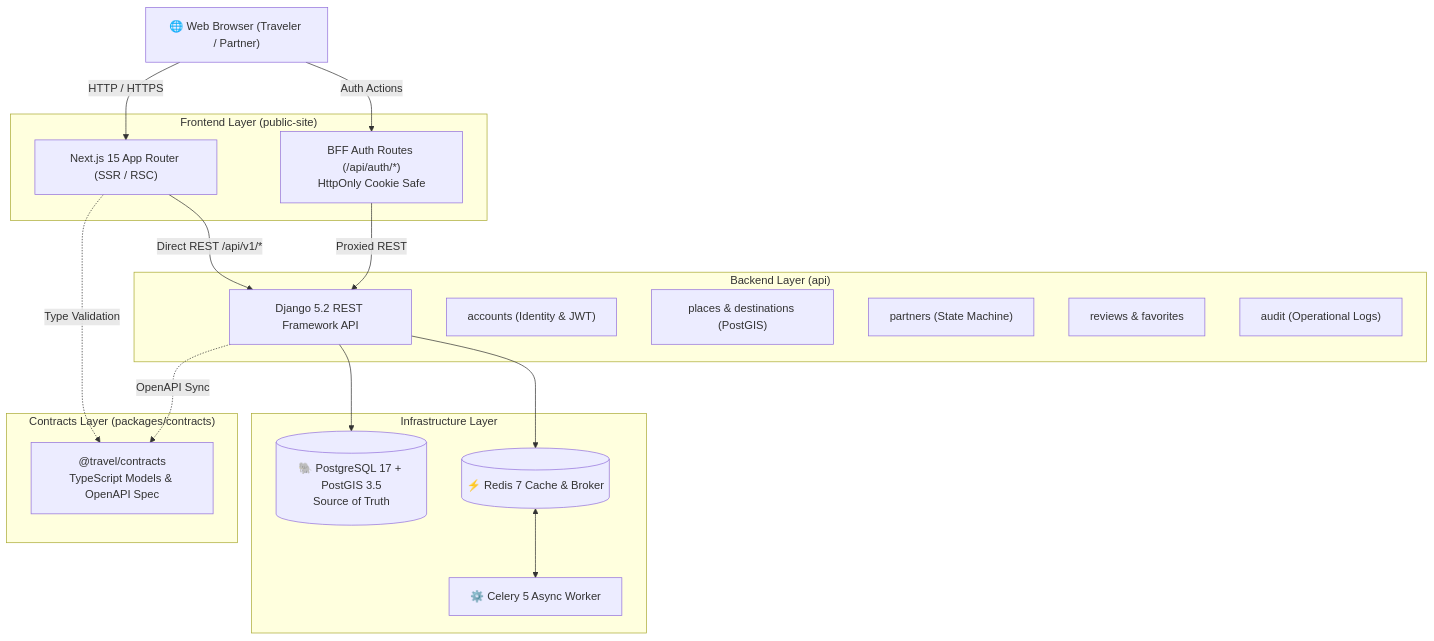
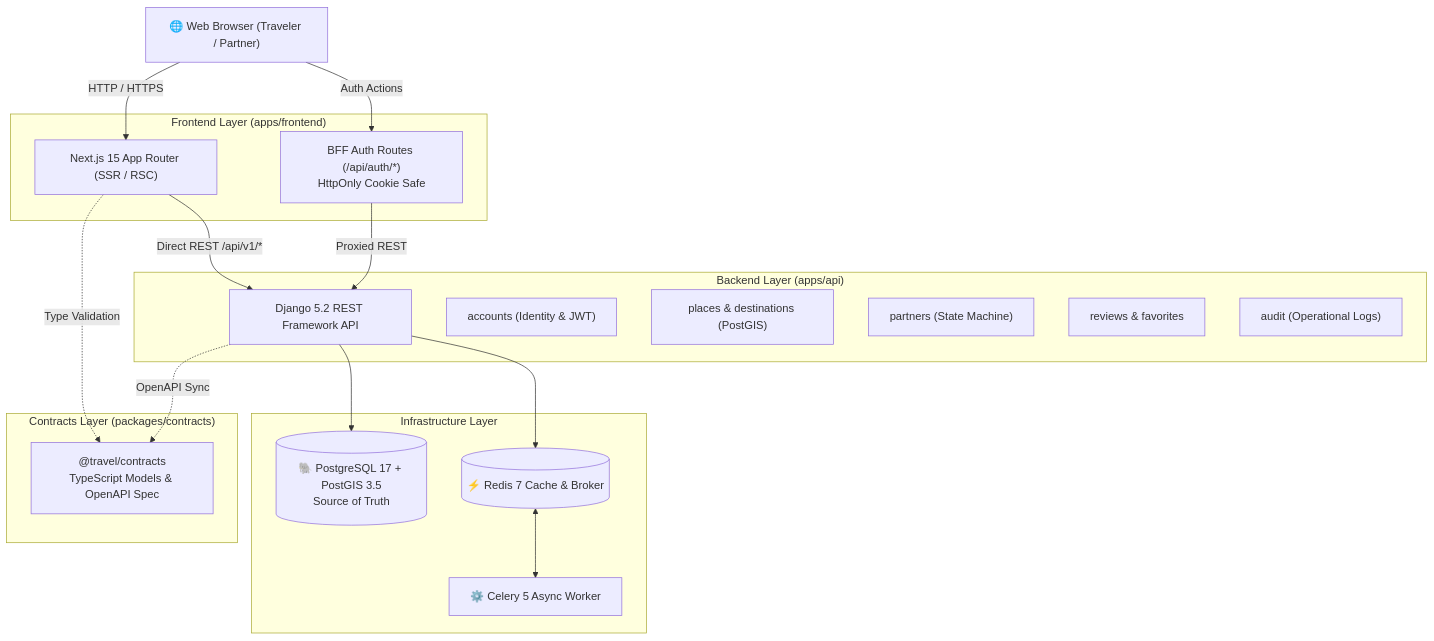
The diagram in README.md (STAR-Trevaling/Website-Traveling), drawn with Mermaid before and after one commit. The commit also changed other lines of this file and 166 other files, not shown here.

Commit message:
chore: standardize semantic monorepo layout (apps/frontend, apps/api, packages/contracts)

````diff
--- a/README.md
+++ b/README.md
@@ -42,38 +42,38 @@
 ```mermaid
 graph TD
     Client["🌐 Web Browser (Traveler / Partner)"]
     
-    subgraph "Frontend Layer (public-site)"
+    subgraph "Frontend Layer (apps/frontend)"
         NextWeb["Next.js 15 App Router (SSR / RSC)"]
         BFF["BFF Auth Routes (/api/auth/*)<br/>HttpOnly Cookie Safe"]
     end
     
     subgraph "Contracts Layer (packages/contracts)"
         Contracts["@travel/contracts<br/>TypeScript Models & OpenAPI Spec"]
     end
     
-    subgraph "Backend Layer (api)"
+    subgraph "Backend Layer (apps/api)"
         DRF["Django 5.2 REST Framework API"]
         AuthCtx["accounts (Identity & JWT)"]
         GeoCtx["places & destinations (PostGIS)"]
         PartnerCtx["partners (State Machine)"]
         ReviewCtx["reviews & favorites"]
         AuditCtx["audit (Operational Logs)"]
     end
     
     subgraph "Infrastructure Layer"
         Postgres[("🐘 PostgreSQL 17 + PostGIS 3.5<br/>Source of Truth")]
         Redis[("⚡ Redis 7 Cache & Broker")]
         CeleryWorker["⚙️ Celery 5 Async Worker"]
     end
 
     Client -->|HTTP / HTTPS| NextWeb
     Client -->|Auth Actions| BFF
     BFF -->|Proxied REST| DRF
     NextWeb -.->|Type Validation| Contracts
     DRF -.->|OpenAPI Sync| Contracts
     NextWeb -->|Direct REST /api/v1/*| DRF
     DRF --> Postgres
     DRF --> Redis
     Redis <--> CeleryWorker
 ```
````
